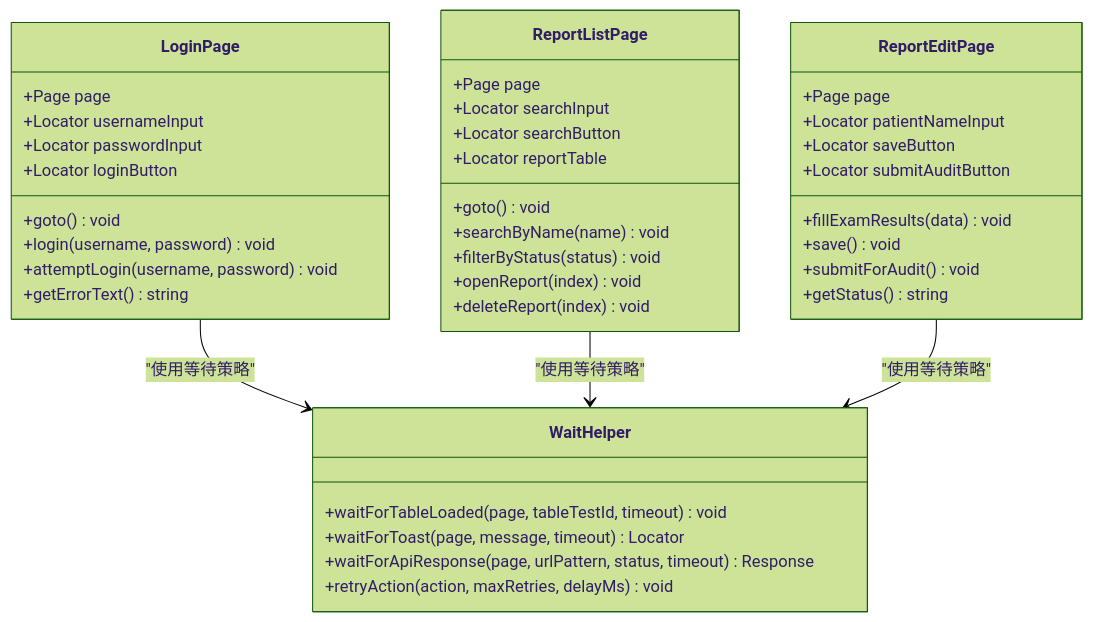
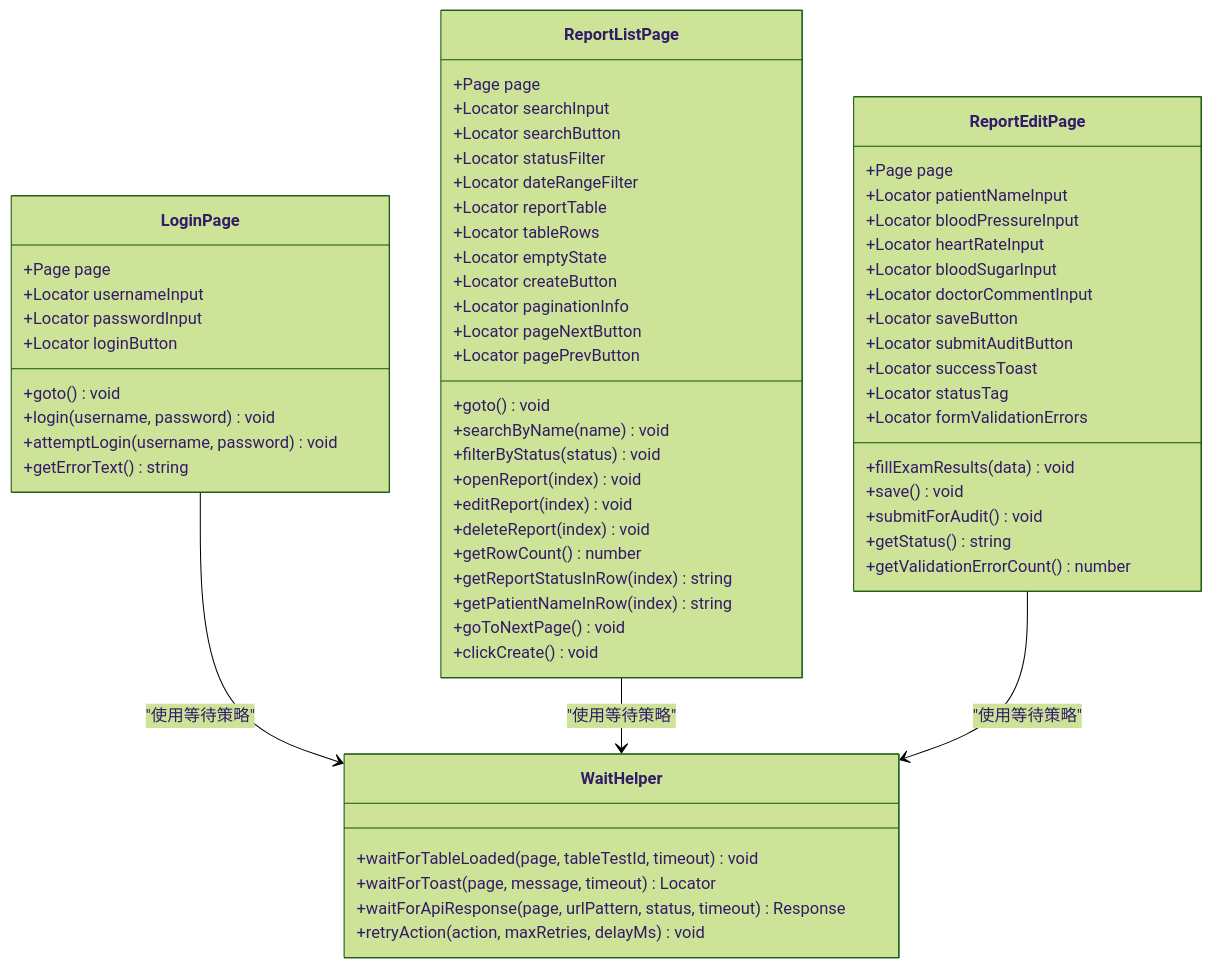
Before and after one commit to zzgoviziwind/--playwright: the ninth of 10 diagrams in .qoder/repowiki/zh/content/AI测试生成系统/AI定位修复工具.md, drawn with Mermaid (forest theme). The commit also changed other lines of this file and 112 other files, not shown here.

````diff
--- a/.qoder/repowiki/zh/content/AI测试生成系统/AI定位修复工具.md
+++ b/.qoder/repowiki/zh/content/AI测试生成系统/AI定位修复工具.md
@@ -276,43 +413,65 @@
 ```mermaid
 classDiagram
 class LoginPage {
 +Page page
 +Locator usernameInput
 +Locator passwordInput
 +Locator loginButton
 +goto() void
 +login(username, password) void
 +attemptLogin(username, password) void
 +getErrorText() string
 }
 class ReportListPage {
 +Page page
 +Locator searchInput
 +Locator searchButton
++Locator statusFilter
++Locator dateRangeFilter
 +Locator reportTable
++Locator tableRows
++Locator emptyState
++Locator createButton
++Locator paginationInfo
++Locator pageNextButton
++Locator pagePrevButton
 +goto() void
 +searchByName(name) void
 +filterByStatus(status) void
 +openReport(index) void
++editReport(index) void
 +deleteReport(index) void
++getRowCount() number
++getReportStatusInRow(index) string
++getPatientNameInRow(index) string
++goToNextPage() void
++clickCreate() void
 }
 class ReportEditPage {
 +Page page
 +Locator patientNameInput
++Locator bloodPressureInput
++Locator heartRateInput
++Locator bloodSugarInput
++Locator doctorCommentInput
 +Locator saveButton
 +Locator submitAuditButton
++Locator successToast
++Locator statusTag
++Locator formValidationErrors
 +fillExamResults(data) void
 +save() void
 +submitForAudit() void
 +getStatus() string
++getValidationErrorCount() number
 }
 class WaitHelper {
 +waitForTableLoaded(page, tableTestId, timeout) void
 +waitForToast(page, message, timeout) Locator
 +waitForApiResponse(page, urlPattern, status, timeout) Response
 +retryAction(action, maxRetries, delayMs) void
 }
 LoginPage --> WaitHelper : "使用等待策略"
 ReportListPage --> WaitHelper : "使用等待策略"
 ReportEditPage --> WaitHelper : "使用等待策略"
 ```
````
